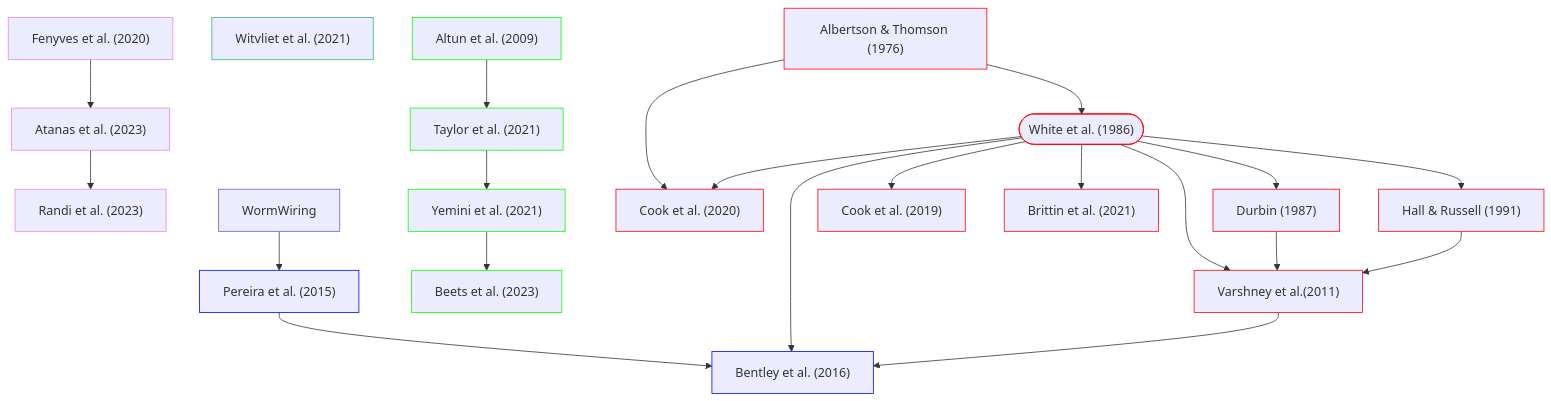
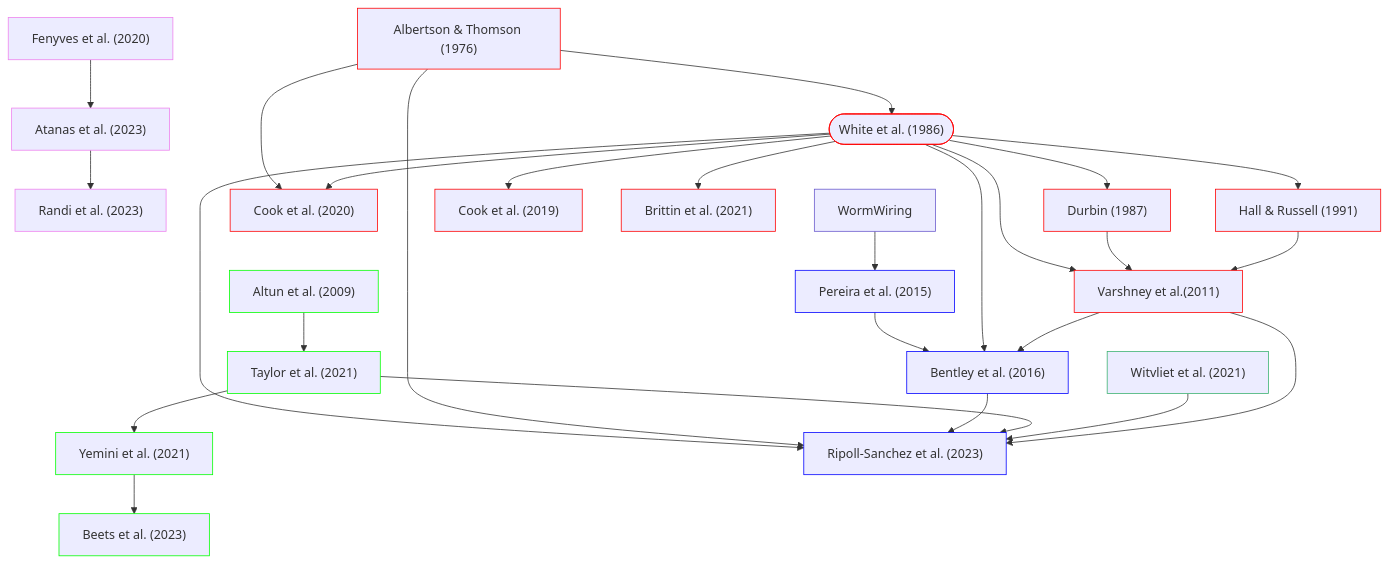
One commit to yasinthanvickneswaran/mermaidtest changed the diagram in README.md. Above: the diagram before and after it, drawn with Mermaid.

````diff
--- a/README.md
+++ b/README.md
@@ -1,33 +1,39 @@
 ```mermaid
 flowchart TD
     classDef anat stroke:#f00
     classDef gene stroke:#0f0
     classDef es stroke:#00f
     classDef func stroke:#ee82ee
     classDef dev stroke:#3cb371
     classDef db stroke:#6a5acd
 
     H["Fenyves et al. (2020)"]:::func --> O["Atanas et al. (2023)"]:::func
     O --> P["Randi et al. (2023)"]:::func    
     K["Witvliet et al. (2021)"]:::dev
     E["Pereira et al. (2015)"]:::es --> F["Bentley et al. (2016)"]:::es
 
     C["Altun et al. (2009)"]:::gene --> L["Taylor et al. (2021)"]:::gene
     L --> M["Yemini et al. (2021)"]:::gene
     M --> N["Beets et al. (2023)"]:::gene
 
     A(["White et al. (1986)"]):::anat --> B["Durbin (1987)"]:::anat
     A1["Albertson & Thomson (1976)"]:::anat --> A
     A1 --> I
     A  --> A2["Hall & Russell (1991)"]:::anat
     A --> D["Varshney et al.(2011)"]:::anat
     B --> D
     A2 --> D
     A --> G["Cook et al. (2019)"]:::anat
     A --> I["Cook et al. (2020)"]:::anat
     A --> J["Brittin et al. (2021)"]:::anat
     A --> F
     D --> F
     DB1["WormWiring"]:::db --> E
+    A --> NP["Ripoll-Sanchez et al. (2023)"]:::es
+    A1 --> NP
+    F --> NP
+    L --> NP
+    K --> NP
+    D --> NP
 
 ```
````
